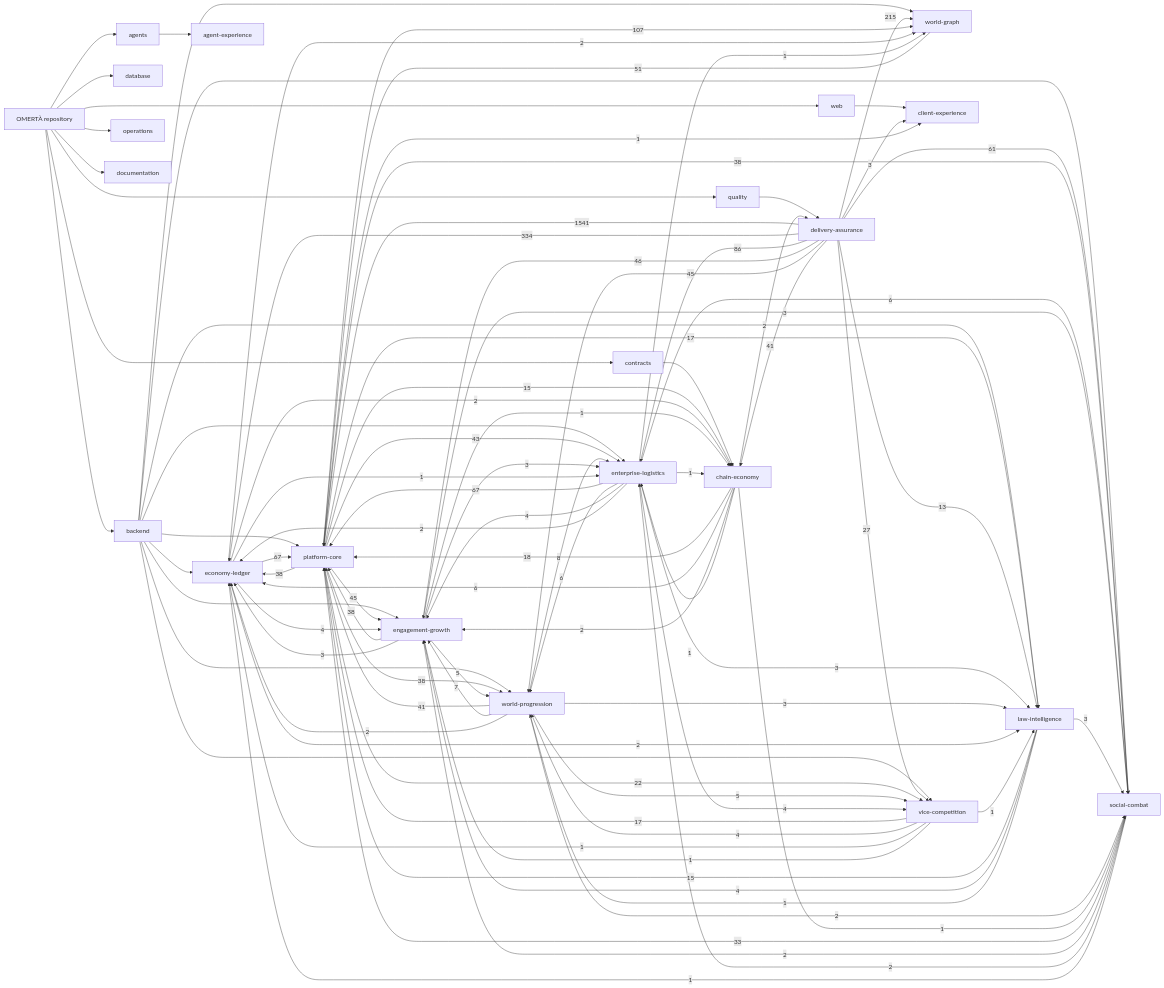
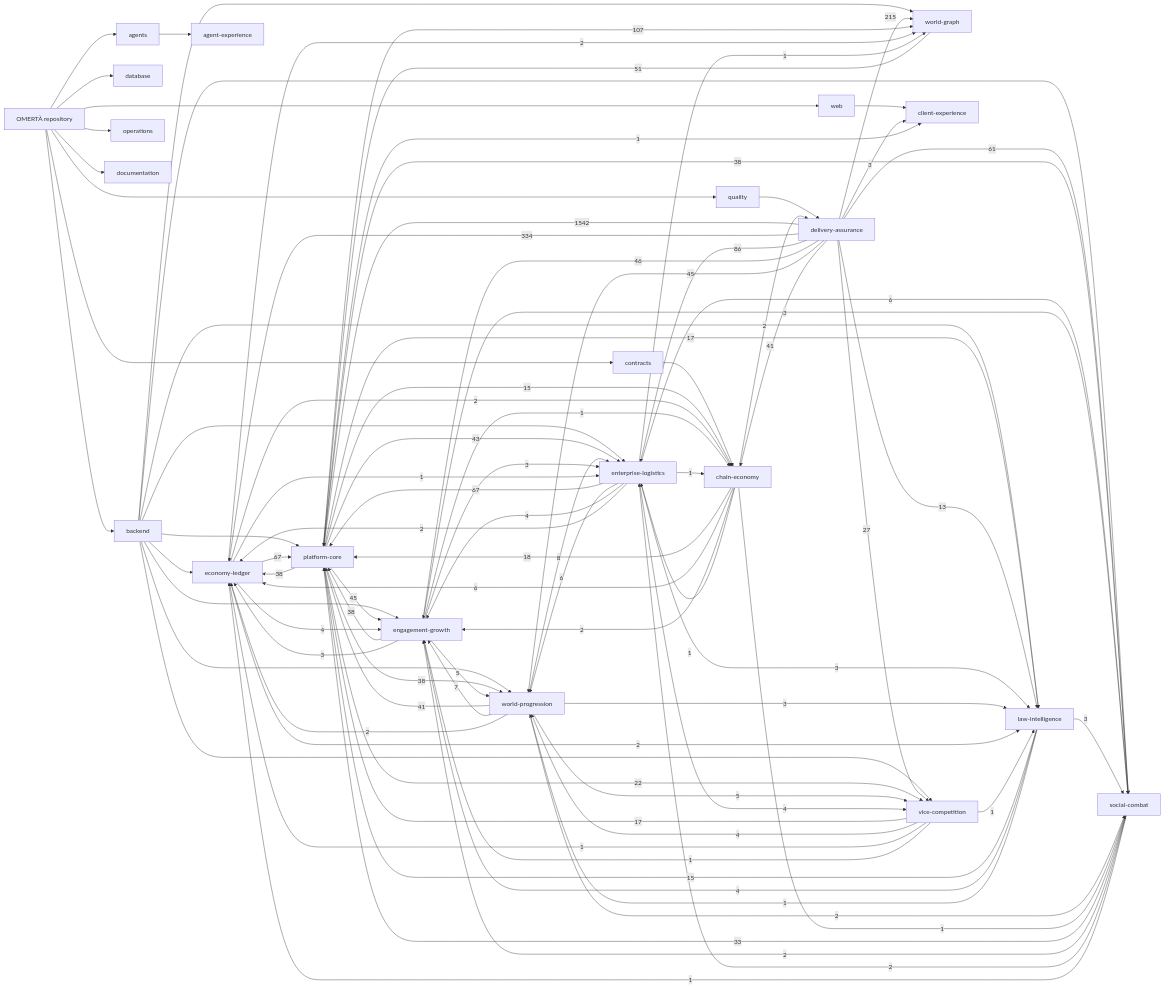
One commit to OmertaDev/Omerta changed the diagram in knowledge/generated/graph.mmd. Above: the diagram before and after it, drawn with Mermaid. The commit also changed 5 other files, not shown here.

```diff
--- a/knowledge/generated/graph.mmd
+++ b/knowledge/generated/graph.mmd
@@ -1,113 +1,113 @@
 flowchart LR
   repo["OMERTÀ repository"]
   sub_backend["backend"]
   repo --> sub_backend
   sub_database["database"]
   repo --> sub_database
   sub_web["web"]
   repo --> sub_web
   sub_contracts["contracts"]
   repo --> sub_contracts
   sub_agents["agents"]
   repo --> sub_agents
   sub_quality["quality"]
   repo --> sub_quality
   sub_operations["operations"]
   repo --> sub_operations
   sub_documentation["documentation"]
   repo --> sub_documentation
   dom_platform-core["platform-core"]
   dom_economy-ledger["economy-ledger"]
   dom_social-combat["social-combat"]
   dom_world-progression["world-progression"]
   dom_world-graph["world-graph"]
   dom_enterprise-logistics["enterprise-logistics"]
   dom_vice-competition["vice-competition"]
   dom_law-intelligence["law-intelligence"]
   dom_chain-economy["chain-economy"]
   dom_engagement-growth["engagement-growth"]
   dom_client-experience["client-experience"]
   dom_agent-experience["agent-experience"]
   dom_delivery-assurance["delivery-assurance"]
   sub_agents --> dom_agent-experience
   sub_backend --> dom_economy-ledger
   sub_backend --> dom_engagement-growth
   sub_backend --> dom_enterprise-logistics
   sub_backend --> dom_law-intelligence
   sub_backend --> dom_platform-core
   sub_backend --> dom_social-combat
   sub_backend --> dom_vice-competition
   sub_backend --> dom_world-graph
   sub_backend --> dom_world-progression
   sub_contracts --> dom_chain-economy
   sub_quality --> dom_delivery-assurance
   sub_web --> dom_client-experience
-  dom_delivery-assurance -->|1541| dom_platform-core
+  dom_delivery-assurance -->|1542| dom_platform-core
   dom_delivery-assurance -->|334| dom_economy-ledger
   dom_delivery-assurance -->|215| dom_world-graph
   dom_platform-core -->|107| dom_world-graph
   dom_delivery-assurance -->|86| dom_enterprise-logistics
   dom_economy-ledger -->|67| dom_platform-core
   dom_enterprise-logistics -->|67| dom_platform-core
   dom_delivery-assurance -->|61| dom_social-combat
   dom_world-graph -->|51| dom_platform-core
   dom_delivery-assurance -->|46| dom_engagement-growth
   dom_delivery-assurance -->|45| dom_world-progression
   dom_platform-core -->|45| dom_engagement-growth
   dom_platform-core -->|43| dom_enterprise-logistics
   dom_delivery-assurance -->|41| dom_chain-economy
   dom_world-progression -->|41| dom_platform-core
   dom_engagement-growth -->|38| dom_platform-core
   dom_platform-core -->|38| dom_economy-ledger
   dom_platform-core -->|38| dom_social-combat
   dom_platform-core -->|38| dom_world-progression
   dom_social-combat -->|33| dom_platform-core
   dom_delivery-assurance -->|27| dom_vice-competition
   dom_platform-core -->|22| dom_vice-competition
   dom_chain-economy -->|18| dom_platform-core
   dom_platform-core -->|17| dom_law-intelligence
   dom_vice-competition -->|17| dom_platform-core
   dom_law-intelligence -->|15| dom_platform-core
   dom_platform-core -->|15| dom_chain-economy
   dom_delivery-assurance -->|13| dom_law-intelligence
   dom_world-progression -->|8| dom_enterprise-logistics
   dom_world-progression -->|7| dom_engagement-growth
   dom_chain-economy -->|6| dom_economy-ledger
   dom_enterprise-logistics -->|6| dom_social-combat
   dom_enterprise-logistics -->|6| dom_world-progression
   dom_engagement-growth -->|5| dom_world-progression
   dom_world-progression -->|5| dom_vice-competition
   dom_economy-ledger -->|4| dom_engagement-growth
   dom_enterprise-logistics -->|4| dom_engagement-growth
   dom_enterprise-logistics -->|4| dom_vice-competition
   dom_law-intelligence -->|4| dom_engagement-growth
   dom_vice-competition -->|4| dom_world-progression
   dom_delivery-assurance -->|3| dom_client-experience
   dom_engagement-growth -->|3| dom_economy-ledger
   dom_engagement-growth -->|3| dom_enterprise-logistics
   dom_engagement-growth -->|3| dom_social-combat
   dom_enterprise-logistics -->|3| dom_law-intelligence
   dom_law-intelligence -->|3| dom_social-combat
   dom_world-progression -->|3| dom_law-intelligence
   dom_chain-economy -->|2| dom_delivery-assurance
   dom_chain-economy -->|2| dom_engagement-growth
   dom_economy-ledger -->|2| dom_chain-economy
   dom_economy-ledger -->|2| dom_law-intelligence
   dom_economy-ledger -->|2| dom_world-graph
   dom_enterprise-logistics -->|2| dom_economy-ledger
   dom_social-combat -->|2| dom_engagement-growth
   dom_social-combat -->|2| dom_enterprise-logistics
   dom_world-progression -->|2| dom_economy-ledger
   dom_world-progression -->|2| dom_social-combat
   dom_chain-economy -->|1| dom_enterprise-logistics
   dom_chain-economy -->|1| dom_social-combat
   dom_economy-ledger -->|1| dom_enterprise-logistics
   dom_engagement-growth -->|1| dom_chain-economy
   dom_enterprise-logistics -->|1| dom_chain-economy
   dom_enterprise-logistics -->|1| dom_world-graph
   dom_law-intelligence -->|1| dom_world-progression
   dom_platform-core -->|1| dom_client-experience
   dom_social-combat -->|1| dom_economy-ledger
   dom_vice-competition -->|1| dom_economy-ledger
   dom_vice-competition -->|1| dom_engagement-growth
   dom_vice-competition -->|1| dom_law-intelligence
```
